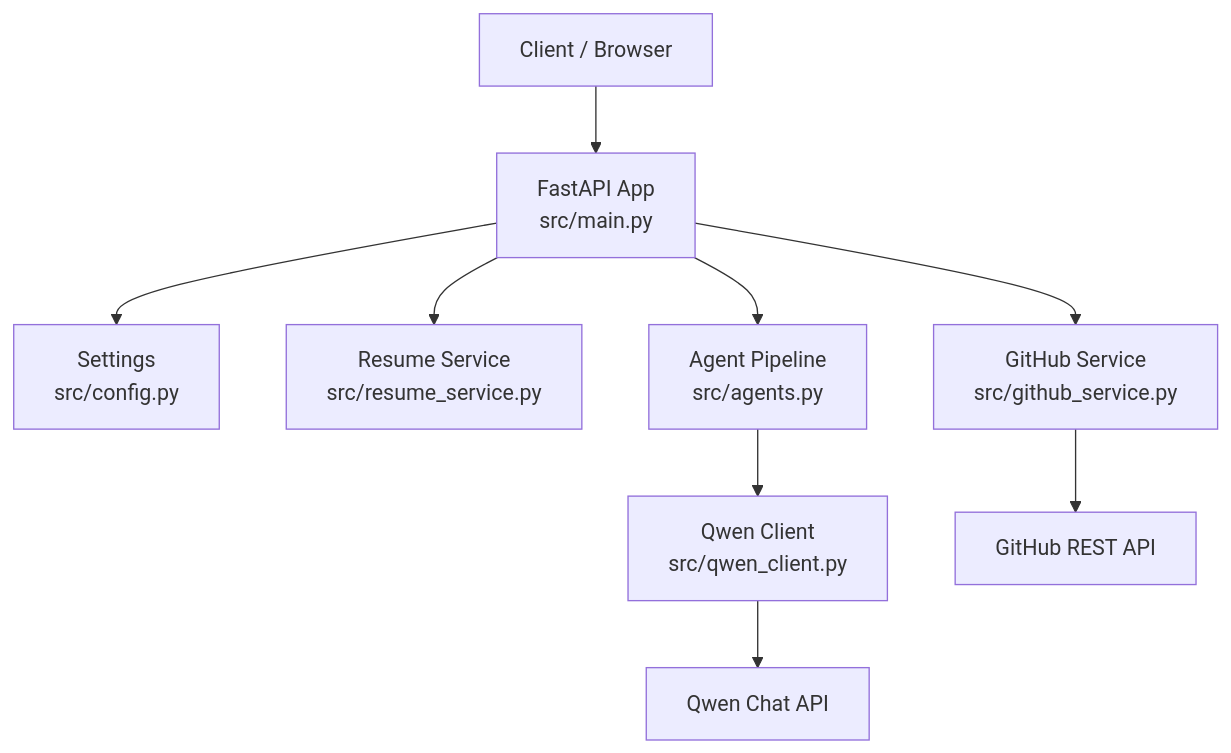
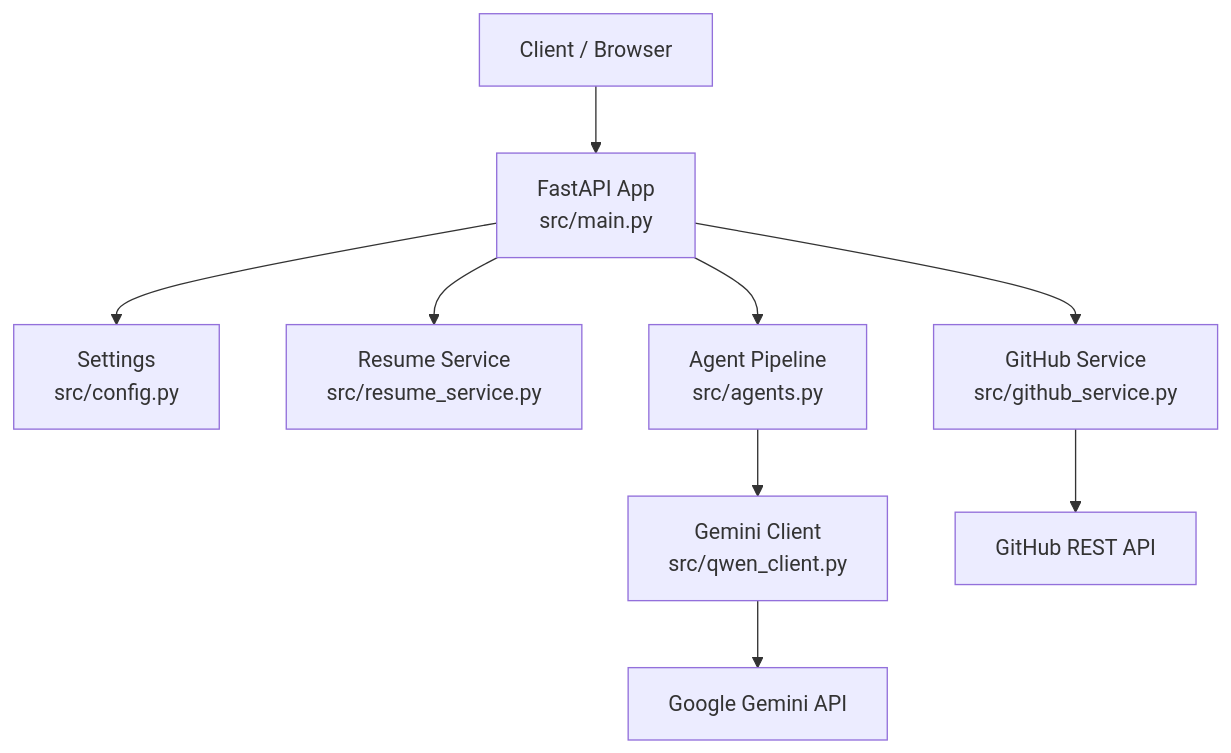
One commit to waqarimran342/CareerOS-AI changed the first of 8 diagrams in .qoder/repowiki/en/content/Troubleshooting Guide/Troubleshooting Guide.md. Above: the diagram before and after it, drawn with Mermaid. The commit also changed other lines of this file and 32 other files, not shown here.

````diff
--- a/.qoder/repowiki/en/content/Troubleshooting Guide/Troubleshooting Guide.md
+++ b/.qoder/repowiki/en/content/Troubleshooting Guide/Troubleshooting Guide.md
@@ -36,11 +45,11 @@
 ```mermaid
 graph TB
 Client["Client / Browser"] --> API["FastAPI App<br/>src/main.py"]
 API --> Config["Settings<br/>src/config.py"]
 API --> ResumeSvc["Resume Service<br/>src/resume_service.py"]
 API --> GitHubSvc["GitHub Service<br/>src/github_service.py"]
 API --> Agents["Agent Pipeline<br/>src/agents.py"]
-Agents --> Qwen["Qwen Client<br/>src/qwen_client.py"]
-Qwen --> QwenAPI["Qwen Chat API"]
+Agents --> Gemini["Gemini Client<br/>src/qwen_client.py"]
+Gemini --> GeminiAPI["Google Gemini API"]
 GitHubSvc --> GHAPI["GitHub REST API"]
 ```
````
